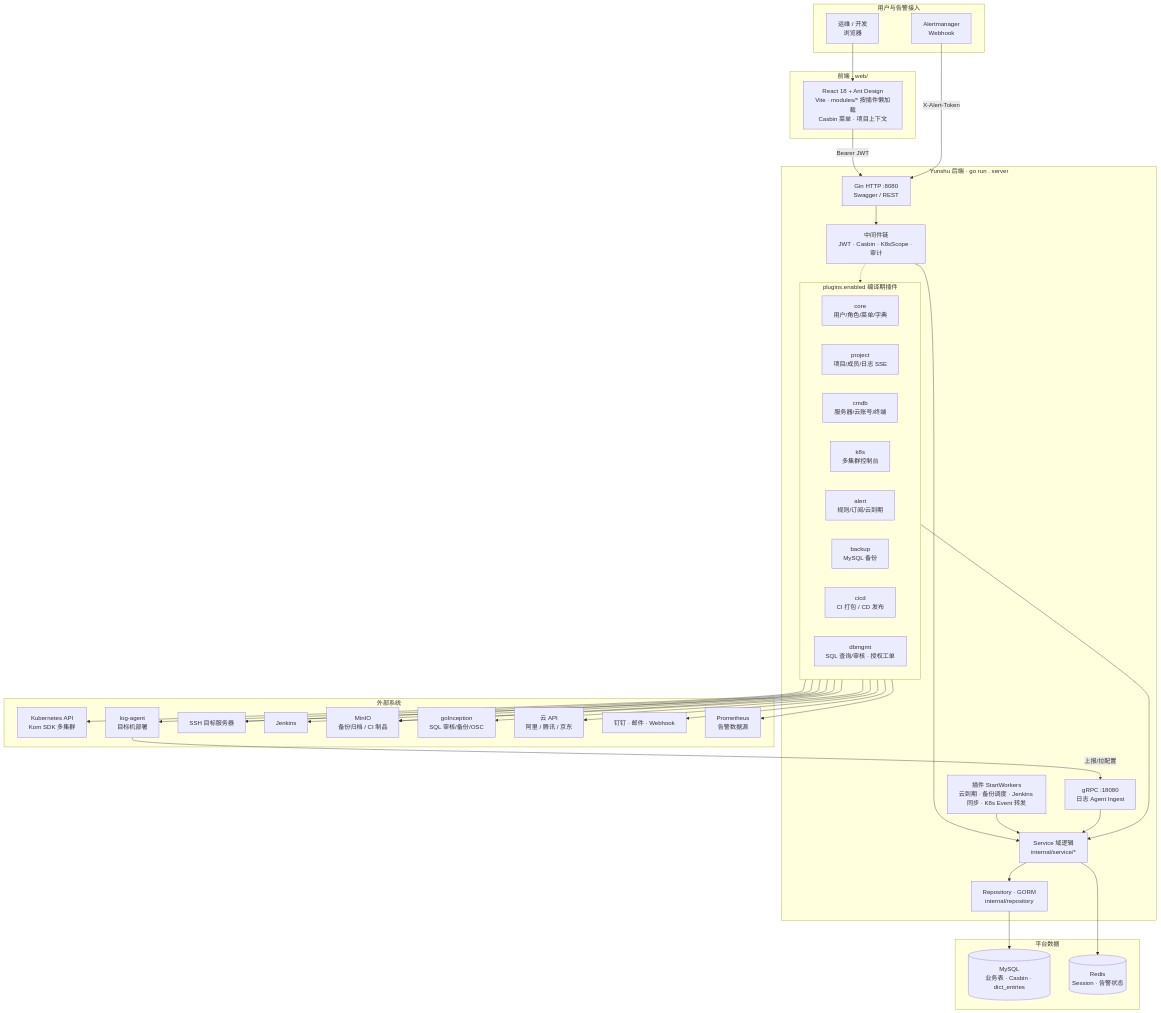
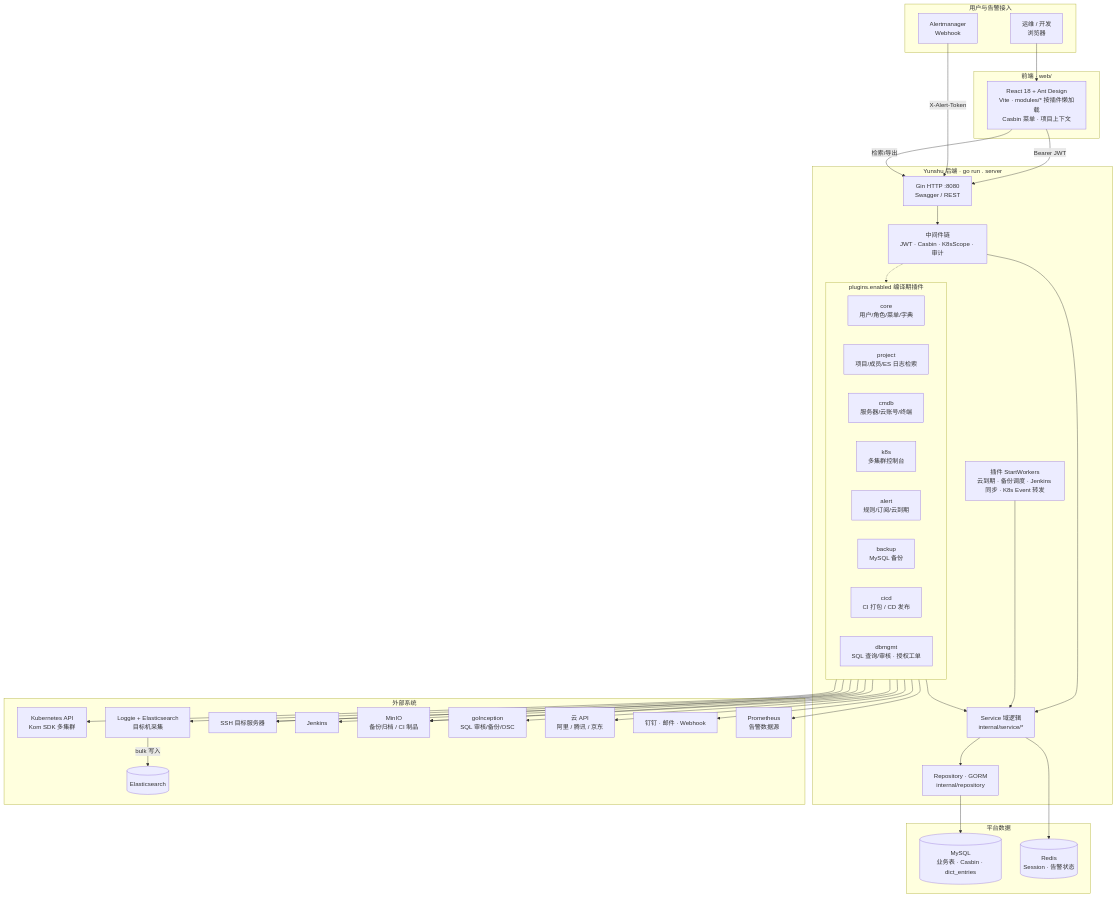
Before and after one commit to AshesToVow/yunshu: the first of 3 diagrams in README.md, drawn with Mermaid. The commit also changed other lines of this file and 152 other files, not shown here.

````diff
--- a/README.md
+++ b/README.md
@@ -81,75 +81,75 @@
 ```mermaid
 flowchart TB
   subgraph clients["用户与告警接入"]
     USER["运维 / 开发<br/>浏览器"]
     AM["Alertmanager<br/>Webhook"]
   end
 
   subgraph fe["前端 · web/"]
     REACT["React 18 + Ant Design<br/>Vite · modules/* 按插件懒加载<br/>Casbin 菜单 · 项目上下文"]
   end
 
   subgraph be["Yunshu 后端 · go run . server"]
     HTTP["Gin HTTP :8080<br/>Swagger / REST"]
     MW["中间件链<br/>JWT · Casbin · K8sScope · 审计"]
-    GRPC["gRPC :18080<br/>日志 Agent Ingest"]
     WORKERS["插件 StartWorkers<br/>云到期 · 备份调度 · Jenkins 同步 · K8s Event 转发"]
 
     subgraph plugins["plugins.enabled 编译期插件"]
       direction LR
       CORE["core<br/>用户/角色/菜单/字典"]
-      PROJ["project<br/>项目/成员/日志 SSE"]
+      PROJ["project<br/>项目/成员/ES 日志检索"]
       CMDB["cmdb<br/>服务器/云账号/终端"]
       K8SPL["k8s<br/>多集群控制台"]
       ALERT["alert<br/>规则/订阅/云到期"]
       BACKUP["backup<br/>MySQL 备份"]
       CICD["cicd<br/>CI 打包 / CD 发布"]
       DBMGMT["dbmgmt<br/>SQL 查询/审核 · 授权工单"]
     end
 
     SVC["Service 域逻辑<br/>internal/service/*"]
     REPO["Repository · GORM<br/>internal/repository"]
   end
 
   subgraph store["平台数据"]
     MYSQL[("MySQL<br/>业务表 · Casbin · dict_entries")]
     REDIS[("Redis<br/>Session · 告警状态")]
   end
 
   subgraph ext["外部系统"]
     K8SAPI["Kubernetes API<br/>Kom SDK 多集群"]
-    AGENT["log-agent<br/>目标机部署"]
+    LOGGIE["Loggie + Elasticsearch<br/>目标机采集"]
+    ES[(Elasticsearch)]
     SSH["SSH 目标服务器"]
     JENKINS["Jenkins"]
     MINIO["MinIO<br/>备份归档 / CI 制品"]
     GOINC["goInception<br/>SQL 审核/备份/OSC"]
     CLOUD["云 API<br/>阿里 / 腾讯 / 京东"]
     NOTIFY["钉钉 · 邮件 · Webhook"]
     PROM["Prometheus<br/>告警数据源"]
   end
 
   USER --> REACT
   REACT -->|"Bearer JWT"| HTTP
   AM -->|"X-Alert-Token"| HTTP
   HTTP --> MW --> SVC
   SVC --> REPO
   REPO --> MYSQL
   SVC --> REDIS
   MW -.-> plugins
   plugins --> SVC
   WORKERS --> SVC
 
-  AGENT -->|"上报/拉配置"| GRPC
-  GRPC --> SVC
-  PROJ --> AGENT
+  LOGGIE -->|"bulk 写入"| ES[(Elasticsearch)]
+  REACT -->|"检索/导出"| HTTP
+  PROJ --> LOGGIE
   CMDB --> SSH
   BACKUP --> SSH
   BACKUP --> MINIO
   CICD --> JENKINS
   CICD --> MINIO
   DBMGMT --> GOINC
   K8SPL --> K8SAPI
   ALERT --> PROM
   ALERT --> CLOUD
   ALERT --> NOTIFY
 ```
````
